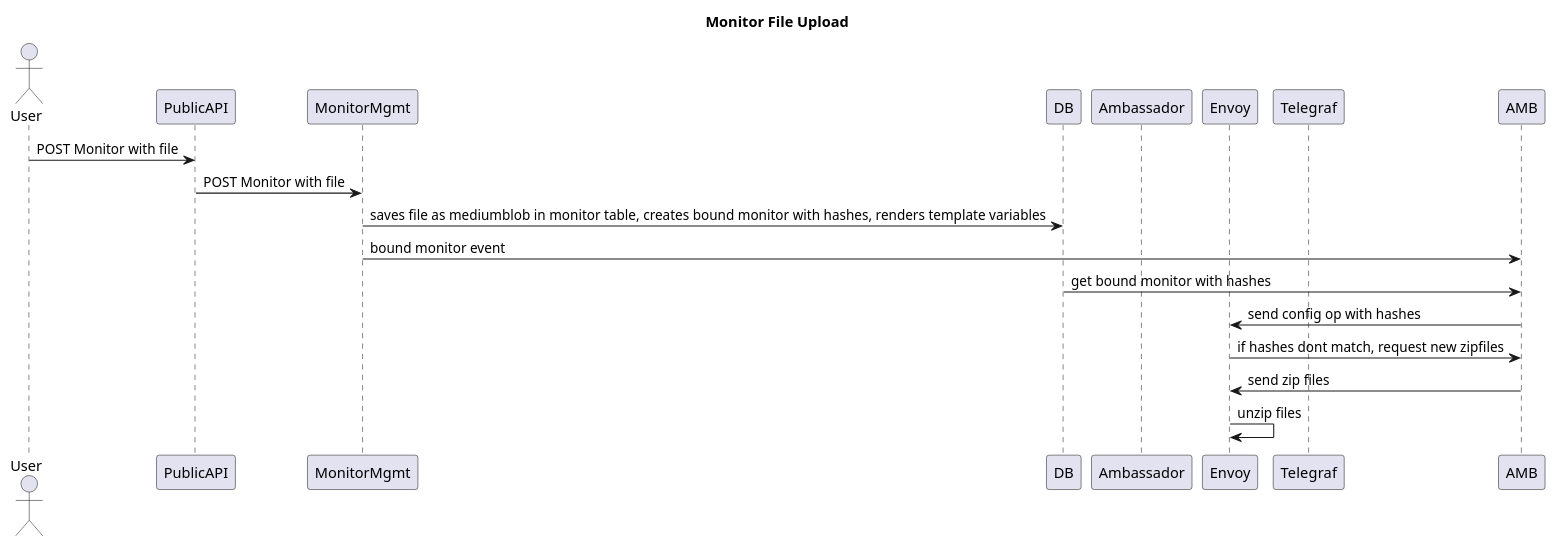
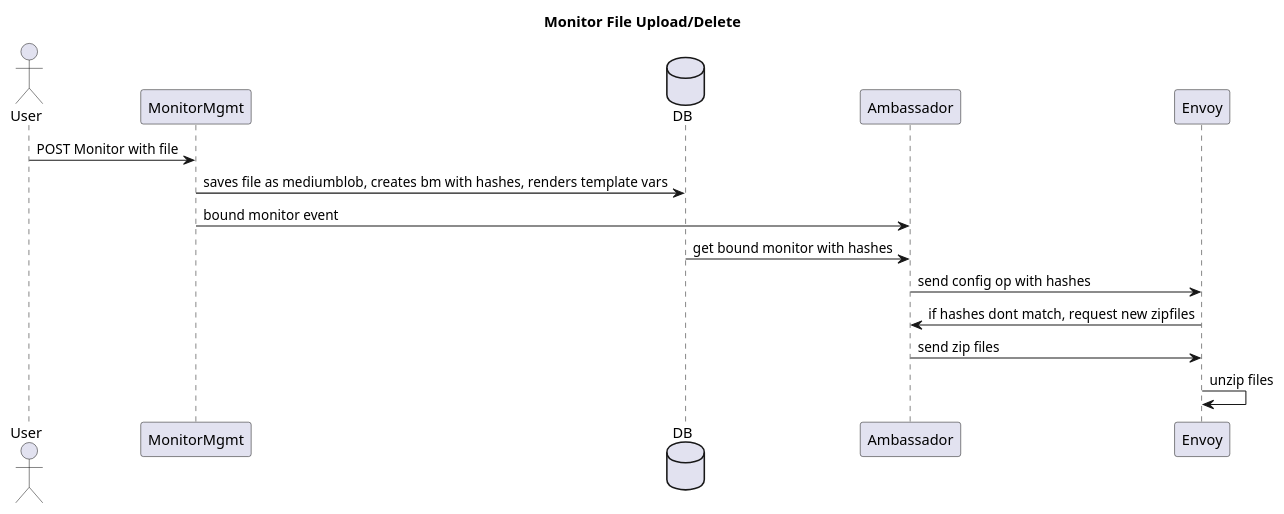
The diagram in design/file-upload.puml (racker/salus-docs), drawn with PlantUML before and after one commit.

```diff
--- a/design/file-upload.puml
+++ b/design/file-upload.puml
@@ -1,23 +1,21 @@
 @startuml
 
-title Monitor File Upload
+title Monitor File Upload/Delete
 
 actor User
-participant PublicAPI
 participant MonitorMgmt as MM
-participant DB
+database DB
 participant Ambassador as Amb
 participant Envoy
-participant Telegraf
 
-User -> PublicAPI: POST Monitor with file
-PublicAPI -> MM: POST Monitor with file
-MM -> DB: saves file as mediumblob in monitor table, creates bound monitor with hashes, renders template variables
-MM -> AMB: bound monitor event
-DB -> AMB: get bound monitor with hashes
-AMB -> Envoy: send config op with hashes
-Envoy -> AMB: if hashes dont match, request new zipfiles
-AMB -> Envoy: send zip files
+
+User -> MM: POST Monitor with file
+MM -> DB: saves file as mediumblob, creates bm with hashes, renders template vars
+MM -> Amb: bound monitor event
+DB -> Amb: get bound monitor with hashes
+Amb -> Envoy: send config op with hashes
+Envoy -> Amb: if hashes dont match, request new zipfiles
+Amb -> Envoy: send zip files
 Envoy -> Envoy: unzip files
 
 @enduml
```
